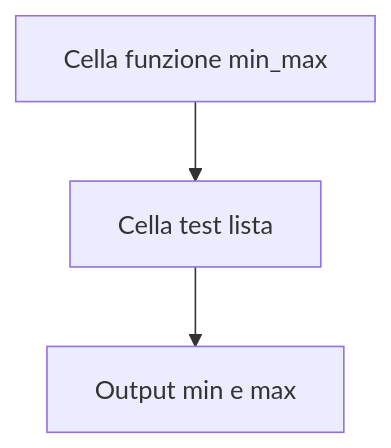
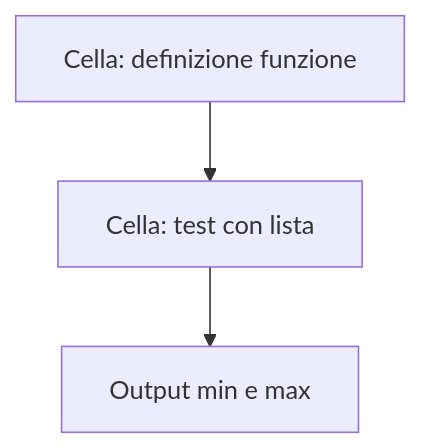
Diagram 15 of 20 in 04-python-jupyter-analisi-biomedica/README.md (lucadagati/Lab_Fondamenti_di_Informatica_25_26), drawn with Mermaid before and after one commit. The commit also changed other lines of this file, not shown here.

First line of the commit message:
README Lab 4: aggiunge testo esercizi e flow più espliciti

````diff
--- a/04-python-jupyter-analisi-biomedica/README.md
+++ b/04-python-jupyter-analisi-biomedica/README.md
@@ -186,5 +232,5 @@
 ```mermaid
 flowchart TD
-    A[Cella funzione min_max] --> B[Cella test lista]
+    A[Cella: definizione funzione] --> B[Cella: test con lista]
     B --> C[Output min e max]
 ```
````
